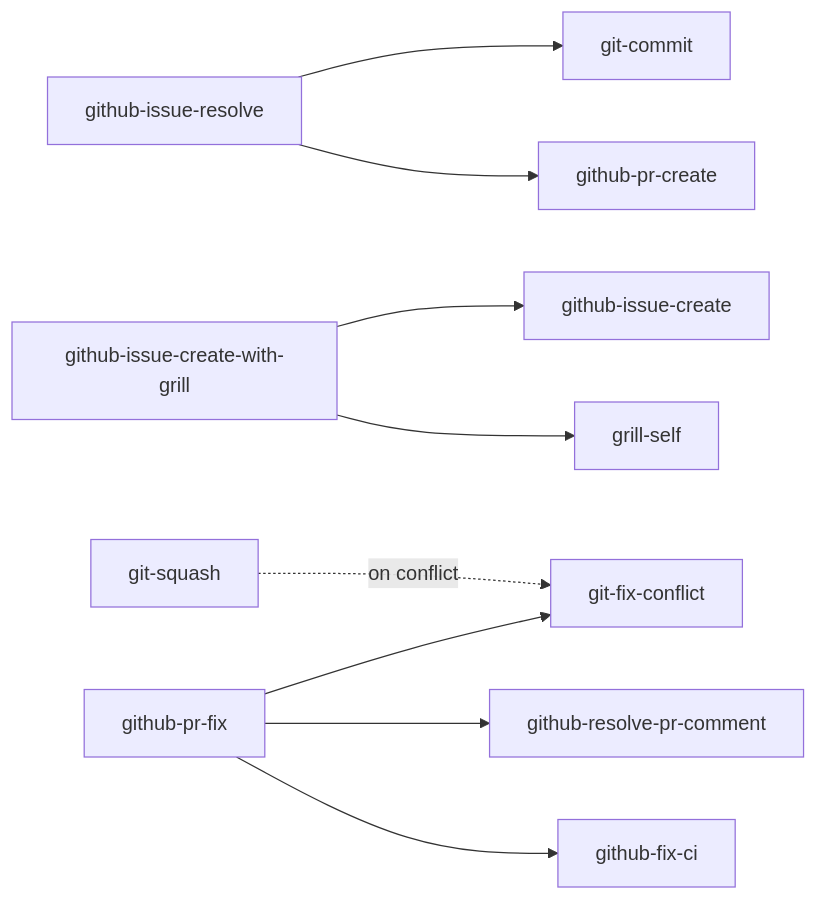
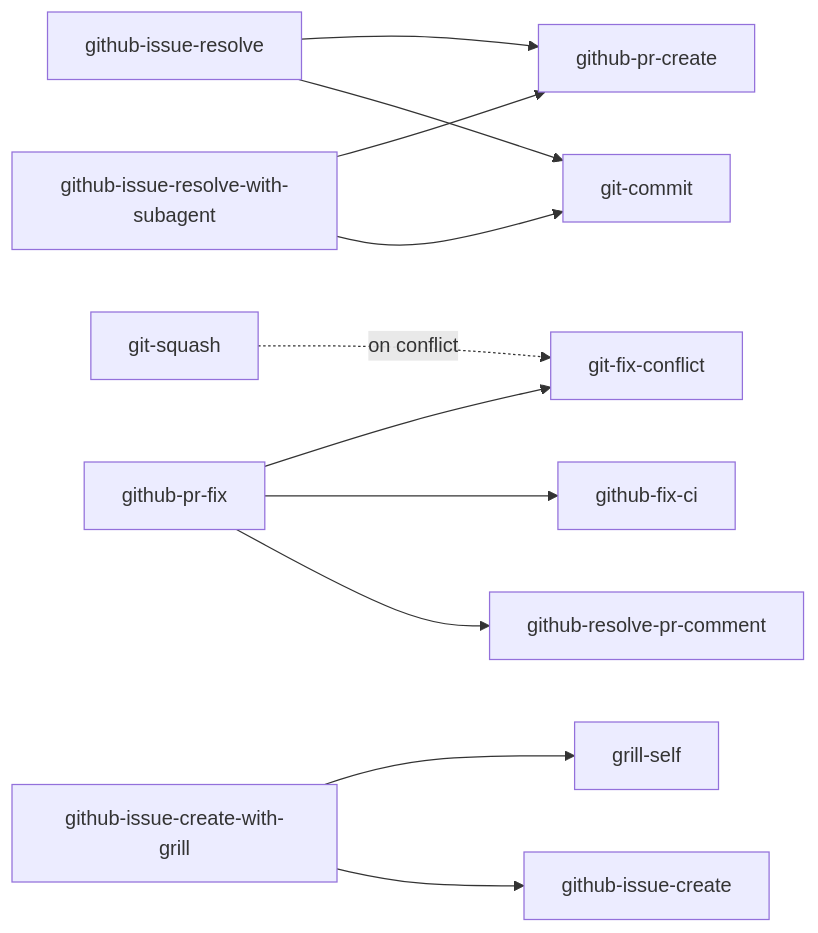
Before and after one commit to mjun0812/dotfiles: the diagram in doc/skills.md, drawn with Mermaid. The commit also changed other lines of this file and 1 other file, not shown here.

First line of the commit message:
docs: github-issue-resolve-with-subagentのskill連結化をdocに反映

````diff
--- a/doc/skills.md
+++ b/doc/skills.md
@@ -100,14 +100,17 @@
 ```mermaid
 graph LR
     git-squash -. on conflict .-> git-fix-conflict
 
     github-issue-resolve --> github-pr-create
     github-issue-resolve --> git-commit
+
+    github-issue-resolve-with-subagent --> github-pr-create
+    github-issue-resolve-with-subagent --> git-commit
 
     github-issue-create-with-grill --> grill-self
     github-issue-create-with-grill --> github-issue-create
 
     github-pr-fix --> git-fix-conflict
     github-pr-fix --> github-fix-ci
     github-pr-fix --> github-resolve-pr-comment
 ```
````
